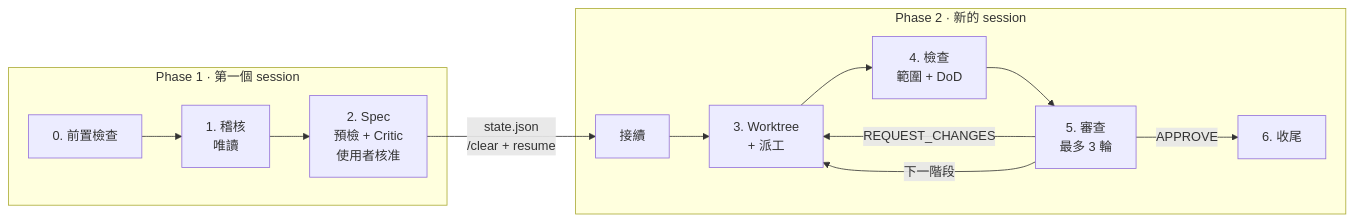
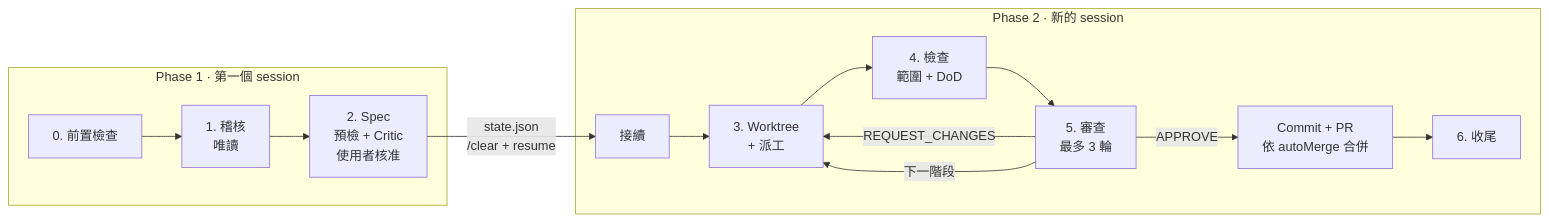
Before and after one commit to cosmo-chang-1701/spec-audit-and-refactor: the diagram in README.zh-TW.md, drawn with Mermaid. The commit also changed other lines of this file and 13 other files, not shown here.

First line of the commit message:
Review on the lead model, auto-open PRs, add autoMerge modes

````diff
--- a/README.zh-TW.md
+++ b/README.zh-TW.md
@@ -75,16 +75,17 @@
 ```mermaid
 flowchart LR
     subgraph P1[Phase 1 · 第一個 session]
     A[0. 前置檢查] --> B[1. 稽核<br/>唯讀]
     B --> C[2. Spec<br/>預檢 + Critic<br/>使用者核准]
     end
     C -->|state.json<br/>/clear + resume| R[接續]
     subgraph P2[Phase 2 · 新的 session]
     R --> D[3. Worktree<br/>+ 派工]
     D --> E[4. 檢查<br/>範圍 + DoD]
     E --> F[5. 審查<br/>最多 3 輪]
     F -->|REQUEST_CHANGES| D
     F -->|下一階段| D
-    F -->|APPROVE| G[6. 收尾]
+    F -->|APPROVE| PR[Commit + PR<br/>依 autoMerge 合併]
+    PR --> G[6. 收尾]
     end
 ```
````
